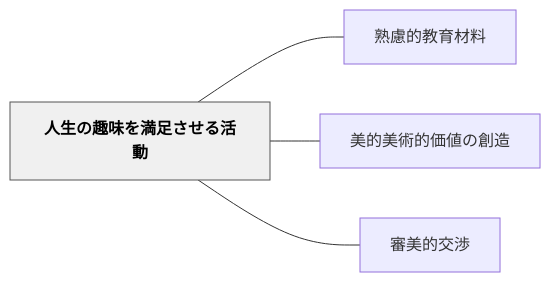
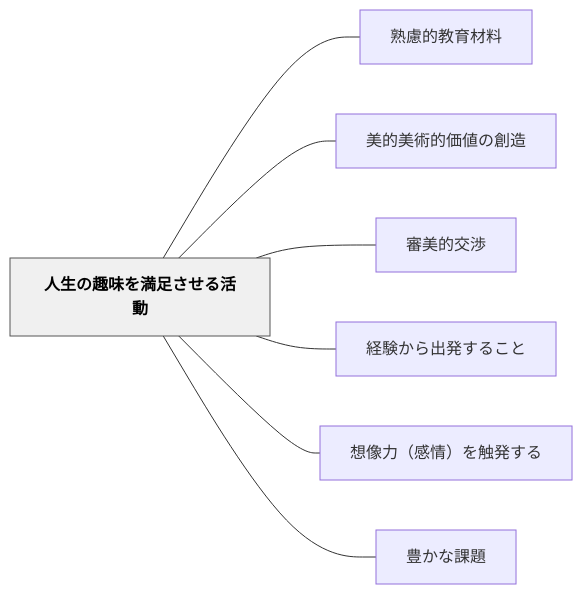
The diagram in content/パタン/人生の趣味を満足させる活動.md (unknownthings-ed-patterns/unknownthings-ed-patterns), drawn with Mermaid before and after one commit. The commit also changed other lines of this file and 71 other files, not shown here.

````diff
--- a/content/パタン/人生の趣味を満足させる活動.md
+++ b/content/パタン/人生の趣味を満足させる活動.md
@@ -44,14 +47,20 @@
 ```mermaid
 flowchart LR
     ne4babae7949fe381aee8b6a3e591b3e38292e6ba80e8b6b3e38195e3819be3828be6b4bbe58b95["人生の趣味を満足させる活動"]
     ne7869fe685aee79a84e69599e882b2e69d90e69699["熟慮的教育材料"]
     ne7be8ee79a84e7be8ee8a193e79a84e4bea1e580a4e381aee589b5e980a0["美的美術的価値の創造"]
     ne5afa9e7be8ee79a84e4baa4e6b889["審美的交渉"]
+    ne7b58ce9a893e3818be38289e587bae799bae38199e3828be38193e381a8["経験から出発すること"]
+    ne683b3e5838fe58a9befbc88e6849fe68385efbc89e38292e8a7a6e799bae38199e3828b["想像力（感情）を触発する"]
+    ne8b18ae3818be381aae8aab2e9a18c["豊かな課題"]
 
     ne4babae7949fe381aee8b6a3e591b3e38292e6ba80e8b6b3e38195e3819be3828be6b4bbe58b95 --- ne7869fe685aee79a84e69599e882b2e69d90e69699
     ne4babae7949fe381aee8b6a3e591b3e38292e6ba80e8b6b3e38195e3819be3828be6b4bbe58b95 --- ne7be8ee79a84e7be8ee8a193e79a84e4bea1e580a4e381aee589b5e980a0
     ne4babae7949fe381aee8b6a3e591b3e38292e6ba80e8b6b3e38195e3819be3828be6b4bbe58b95 --- ne5afa9e7be8ee79a84e4baa4e6b889
+    ne4babae7949fe381aee8b6a3e591b3e38292e6ba80e8b6b3e38195e3819be3828be6b4bbe58b95 --- ne7b58ce9a893e3818be38289e587bae799bae38199e3828be38193e381a8
+    ne4babae7949fe381aee8b6a3e591b3e38292e6ba80e8b6b3e38195e3819be3828be6b4bbe58b95 --- ne683b3e5838fe58a9befbc88e6849fe68385efbc89e38292e8a7a6e799bae38199e3828b
+    ne4babae7949fe381aee8b6a3e591b3e38292e6ba80e8b6b3e38195e3819be3828be6b4bbe58b95 --- ne8b18ae3818be381aae8aab2e9a18c
 
     classDef hub fill:#f0f0f0,stroke:#555,color:#000,font-weight:bold
     class ne4babae7949fe381aee8b6a3e591b3e38292e6ba80e8b6b3e38195e3819be3828be6b4bbe58b95 hub
 ```
````
